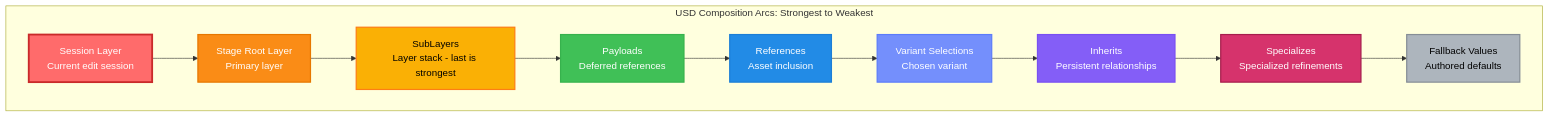
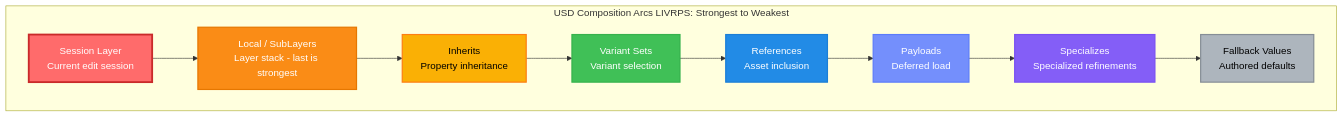
The second of 39 diagrams in doc/research.md (predator17/usd_vulkan_engine), drawn with Mermaid before and after one commit. The commit also changed other lines of this file and 4 other files, not shown here.

First line of the commit message:
docs: replace dependencies summary with beginner's guide to graphics programming

````diff
--- a/doc/research.md
+++ b/doc/research.md
@@ -153,33 +173,30 @@
 ```mermaid
 graph TD
-    subgraph Composition_Strength_Order["USD Composition Arcs: Strongest to Weakest"]
+    subgraph Composition_Strength_Order["USD Composition Arcs LIVRPS: Strongest to Weakest"]
         A[Session Layer<br/>Current edit session]:::strongest
-        B[Stage Root Layer<br/>Primary layer]:::strong
-        C[SubLayers<br/>Layer stack - last is strongest]:::mediumStrong
-        D[Payloads<br/>Deferred references]:::medium
+        B[Local / SubLayers<br/>Layer stack - last is strongest]:::strong
+        C[Inherits<br/>Property inheritance]:::mediumStrong
+        D[Variant Sets<br/>Variant selection]:::medium
         E[References<br/>Asset inclusion]:::mediumWeak
-        F[Variant Selections<br/>Chosen variant]:::weak
-        G[Inherits<br/>Persistent relationships]:::weaker
-        H[Specializes<br/>Specialized refinements]:::weakest
-        I[Fallback Values<br/>Authored defaults]:::fallback
+        F[Payloads<br/>Deferred load]:::weak
+        G[Specializes<br/>Specialized refinements]:::weaker
+        H[Fallback Values<br/>Authored defaults]:::weakest
 
         A --> B
         B --> C
         C --> D
         D --> E
         E --> F
         F --> G
         G --> H
-        H --> I
     end
 
     classDef strongest fill:#ff6b6b,stroke:#c92a2a,stroke-width:3px,color:#fff
     classDef strong fill:#fa8c16,stroke:#e67700,stroke-width:2px,color:#fff
     classDef mediumStrong fill:#fab005,stroke:#fd7e14,stroke-width:2px,color:#000
     classDef medium fill:#40c057,stroke:#37b24d,stroke-width:2px,color:#fff
     classDef mediumWeak fill:#228be6,stroke:#1c7ed6,stroke-width:2px,color:#fff
     classDef weak fill:#748ffc,stroke:#5c7cfa,stroke-width:2px,color:#fff
     classDef weaker fill:#845ef7,stroke:#7950f2,stroke-width:2px,color:#fff
-    classDef weakest fill:#d6336c,stroke:#a61e4d,stroke-width:2px,color:#fff
-    classDef fallback fill:#adb5bd,stroke:#868e96,stroke-width:2px,color:#000
+    classDef weakest fill:#adb5bd,stroke:#868e96,stroke-width:2px,color:#000
 ```
````
